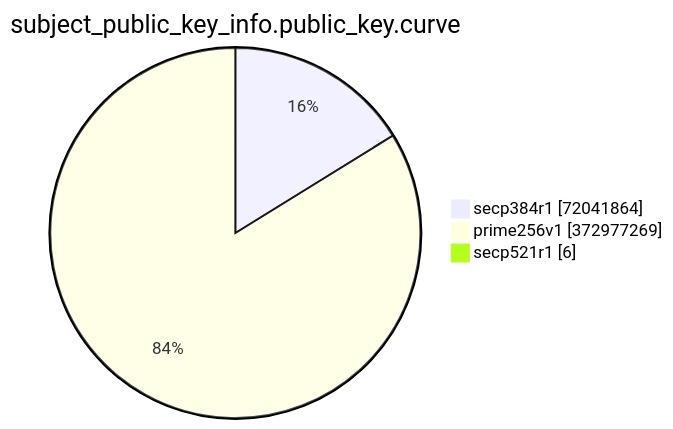
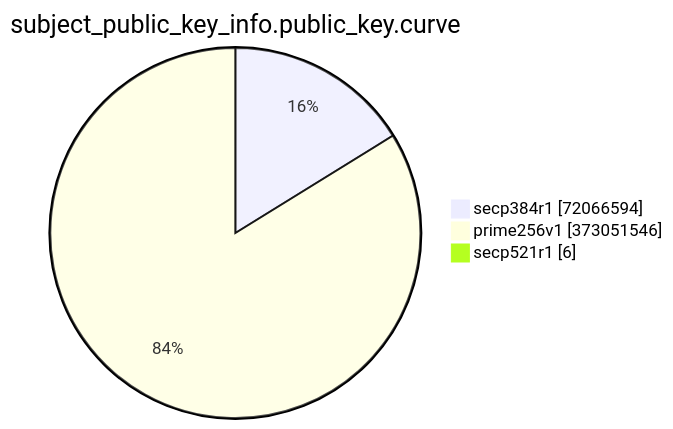
One commit to christiankrug/ctmonitor_visualization changed the eighth of 15 diagrams in TOTAL/README.md. Above: the diagram before and after it, drawn with Mermaid. The commit also changed other lines of this file, not shown here.

````diff
--- a/TOTAL/README.md
+++ b/TOTAL/README.md
@@ -3094,7 +3094,7 @@
 ```mermaid
 pie showData
 title subject_public_key_info.public_key.curve
-"secp384r1" :72041864
-"prime256v1" :372977269
+"secp384r1" :72066594
+"prime256v1" :373051546
 "secp521r1" :6
 ```
````
